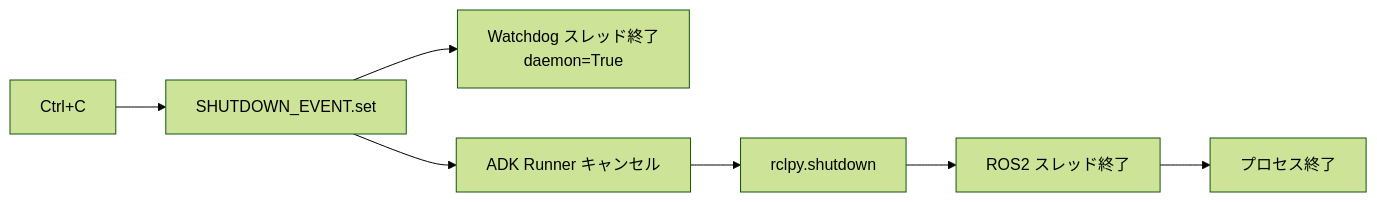
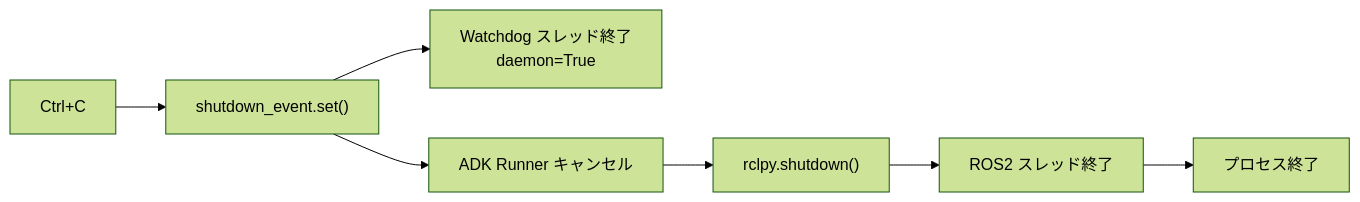
One commit to sato-susumu/susumu_agent changed the eighth of 10 diagrams in docs/Design.md. Above: the diagram before and after it, drawn with Mermaid (forest theme). The commit also changed other lines of this file and 18 other files, not shown here.

````diff
--- a/docs/Design.md
+++ b/docs/Design.md
@@ -731,9 +433,9 @@
 ```mermaid
 flowchart LR
-    A[Ctrl+C] --> B[SHUTDOWN_EVENT.set]
-    B --> C[Watchdog スレッド終了\ndaemon=True]
-    B --> D[ADK Runner キャンセル]
-    D --> E[rclpy.shutdown]
-    E --> F[ROS2 スレッド終了]
-    F --> G[プロセス終了]
+    A["Ctrl+C"] --> B["shutdown_event.set()"]
+    B --> C["Watchdog スレッド終了\ndaemon=True"]
+    B --> D["ADK Runner キャンセル"]
+    D --> E["rclpy.shutdown()"]
+    E --> F["ROS2 スレッド終了"]
+    F --> G["プロセス終了"]
 ```
````
